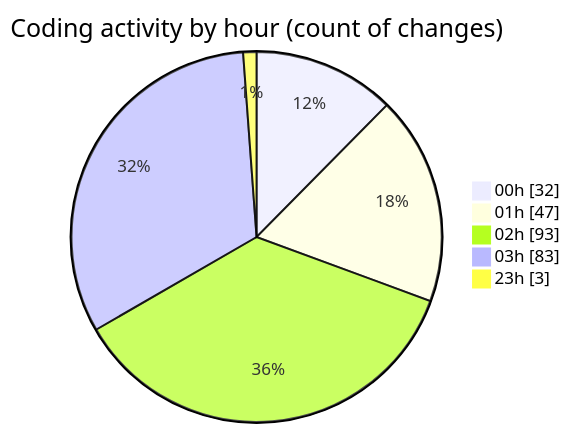
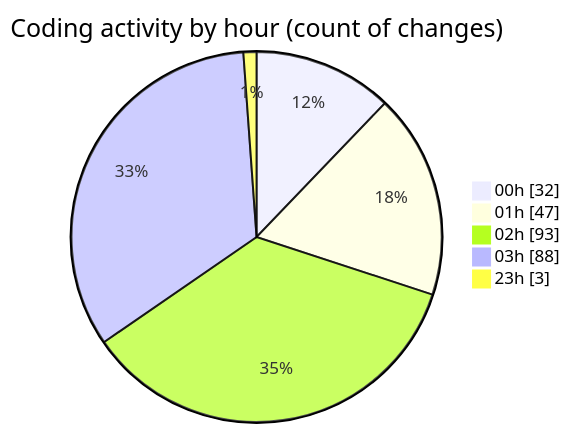
Before and after one commit to lephambinh05/code-tracking: the second of 2 diagrams in 2025-07-28/quanlyrapchieuphim-1/README.md, drawn with Mermaid. The commit also changed other lines of this file and 1 other file, not shown here.

````diff
--- a/2025-07-28/quanlyrapchieuphim-1/README.md
+++ b/2025-07-28/quanlyrapchieuphim-1/README.md
@@ -56,9 +59,9 @@
 ```mermaid
 pie showData
 title Coding activity by hour (count of changes)
 "00h" : 32
 "01h" : 47
 "02h" : 93
-"03h" : 83
+"03h" : 88
 "23h" : 3
 ```
````
